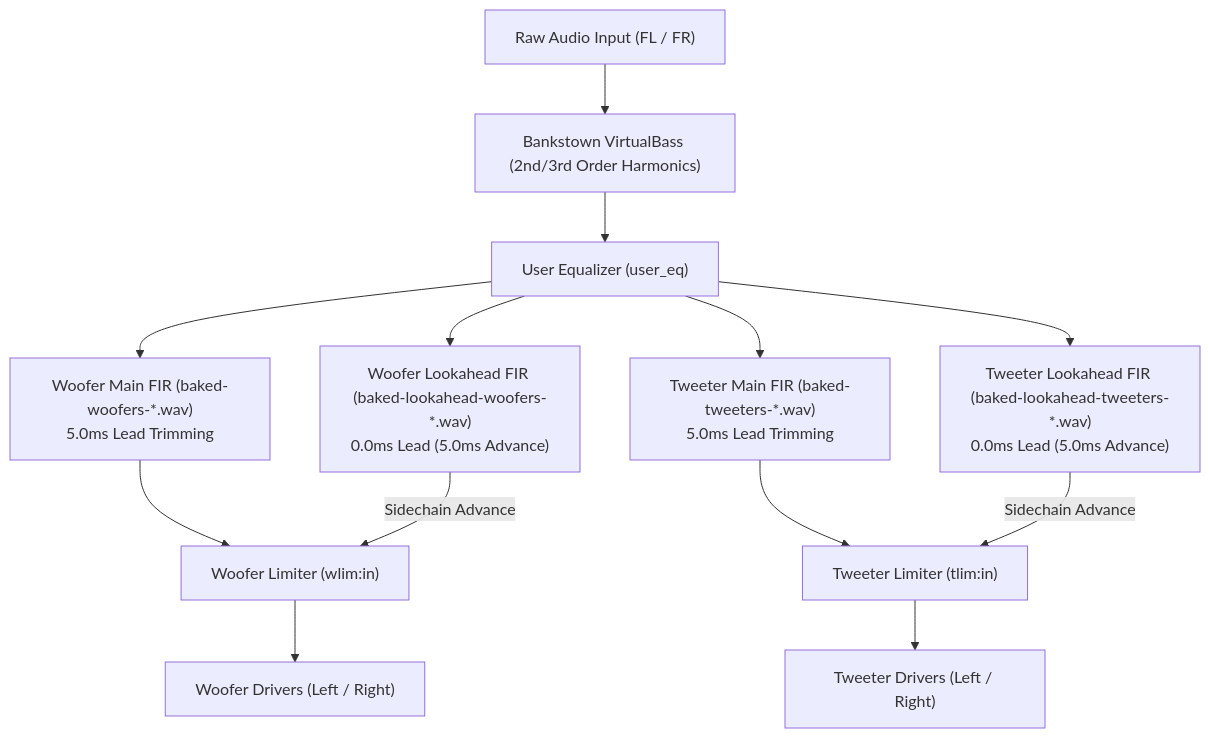
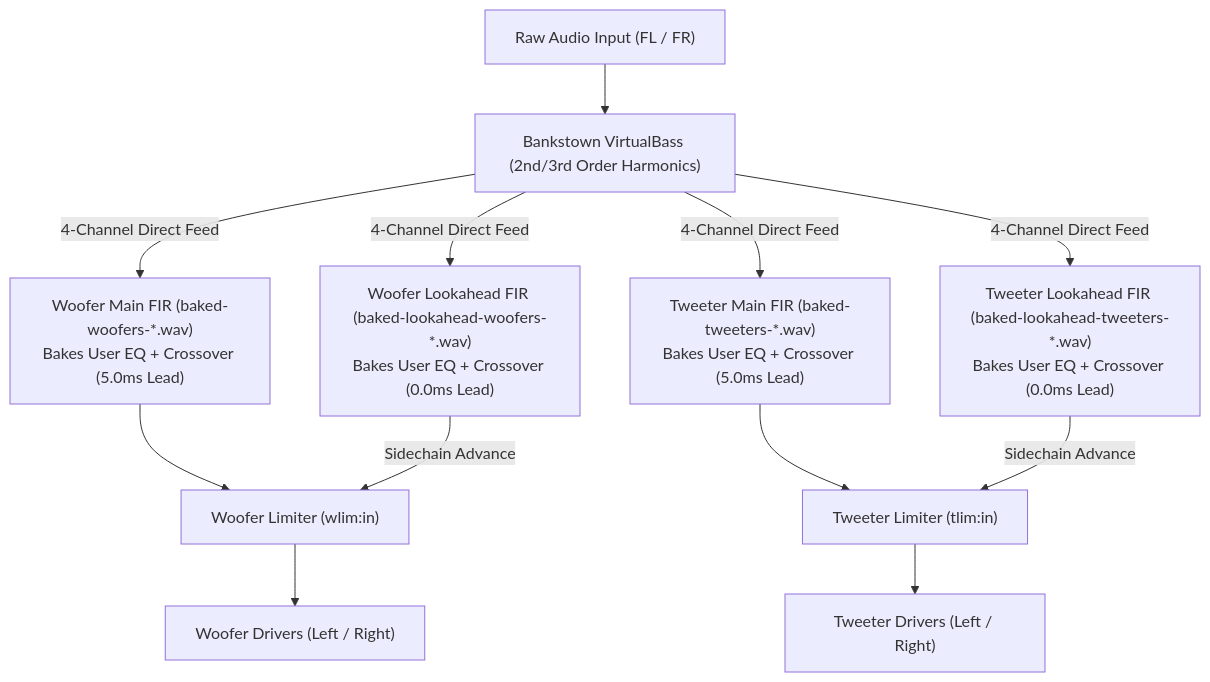
One commit to mynameisdeleted/mbp15-1-audio-dsp changed the diagram in ARCHITECTURE.md. Above: the diagram before and after it, drawn with Mermaid. The commit also changed other lines of this file, not shown here.

Commit message:
docs: update ARCHITECTURE.md diagram to show 4-channel VirtualBass direct feed and baked User EQ convolution flow

````diff
--- a/ARCHITECTURE.md
+++ b/ARCHITECTURE.md
@@ -25,17 +25,16 @@
 ```mermaid
 graph TD
     A["Raw Audio Input (FL / FR)"] --> B["Bankstown VirtualBass (2nd/3rd Order Harmonics)"]
-    B --> C["User Equalizer (user_eq)"]
-    C --> D1["Woofer Main FIR (baked-woofers-*.wav)<br/>5.0ms Lead Trimming"]
-    C --> D2["Woofer Lookahead FIR (baked-lookahead-woofers-*.wav)<br/>0.0ms Lead (5.0ms Advance)"]
-    C --> E1["Tweeter Main FIR (baked-tweeters-*.wav)<br/>5.0ms Lead Trimming"]
-    C --> E2["Tweeter Lookahead FIR (baked-lookahead-tweeters-*.wav)<br/>0.0ms Lead (5.0ms Advance)"]
+    B -->|4-Channel Direct Feed| C1["Woofer Main FIR (baked-woofers-*.wav)<br/>Bakes User EQ + Crossover (5.0ms Lead)"]
+    B -->|4-Channel Direct Feed| C2["Woofer Lookahead FIR (baked-lookahead-woofers-*.wav)<br/>Bakes User EQ + Crossover (0.0ms Lead)"]
+    B -->|4-Channel Direct Feed| D1["Tweeter Main FIR (baked-tweeters-*.wav)<br/>Bakes User EQ + Crossover (5.0ms Lead)"]
+    B -->|4-Channel Direct Feed| D2["Tweeter Lookahead FIR (baked-lookahead-tweeters-*.wav)<br/>Bakes User EQ + Crossover (0.0ms Lead)"]
     
-    D1 --> F["Woofer Limiter (wlim:in)"]
+    C1 --> E["Woofer Limiter (wlim:in)"]
+    C2 -->|Sidechain Advance| E
+    D1 --> F["Tweeter Limiter (tlim:in)"]
     D2 -->|Sidechain Advance| F
-    E1 --> G["Tweeter Limiter (tlim:in)"]
-    E2 -->|Sidechain Advance| G
 
-    F --> H1["Woofer Drivers (Left / Right)"]
-    G --> H2["Tweeter Drivers (Left / Right)"]
+    E --> G1["Woofer Drivers (Left / Right)"]
+    F --> G2["Tweeter Drivers (Left / Right)"]
 ```
````
